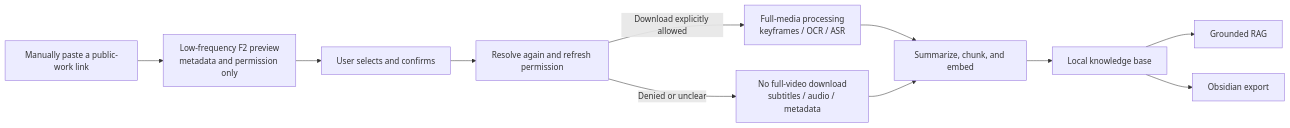
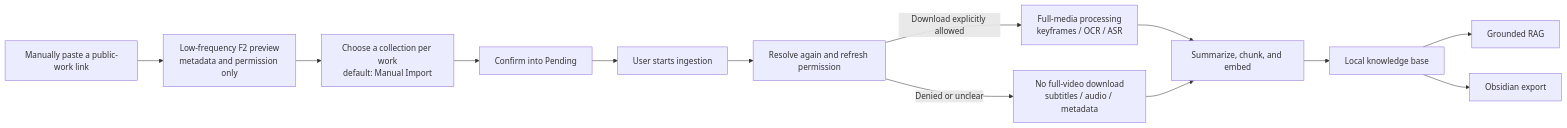
Before and after one commit to fyfsxkh/TokBrain: the diagram in README.en.md, drawn with Mermaid. The commit also changed other lines of this file and 27 other files, not shown here.

````diff
--- a/README.en.md
+++ b/README.en.md
@@ -71,13 +74,15 @@
 ```mermaid
 flowchart LR
     A["Manually paste a public-work link"] --> B["Low-frequency F2 preview<br/>metadata and permission only"]
-    B --> C["User selects and confirms"]
-    C --> D["Resolve again and refresh permission"]
-    D -->|Download explicitly allowed| E["Full-media processing<br/>keyframes / OCR / ASR"]
-    D -->|Denied or unclear| F["No full-video download<br/>subtitles / audio / metadata"]
-    E --> G["Summarize, chunk, and embed"]
-    F --> G
-    G --> H["Local knowledge base"]
-    H --> I["Grounded RAG"]
-    H --> J["Obsidian export"]
+    B --> C["Choose a collection per work<br/>default: Manual Import"]
+    C --> D["Confirm into Pending"]
+    D --> E["User starts ingestion"]
+    E --> F["Resolve again and refresh permission"]
+    F -->|Download explicitly allowed| G["Full-media processing<br/>keyframes / OCR / ASR"]
+    F -->|Denied or unclear| H["No full-video download<br/>subtitles / audio / metadata"]
+    G --> I["Summarize, chunk, and embed"]
+    H --> I
+    I --> J["Local knowledge base"]
+    J --> K["Grounded RAG"]
+    J --> L["Obsidian export"]
 ```
````
